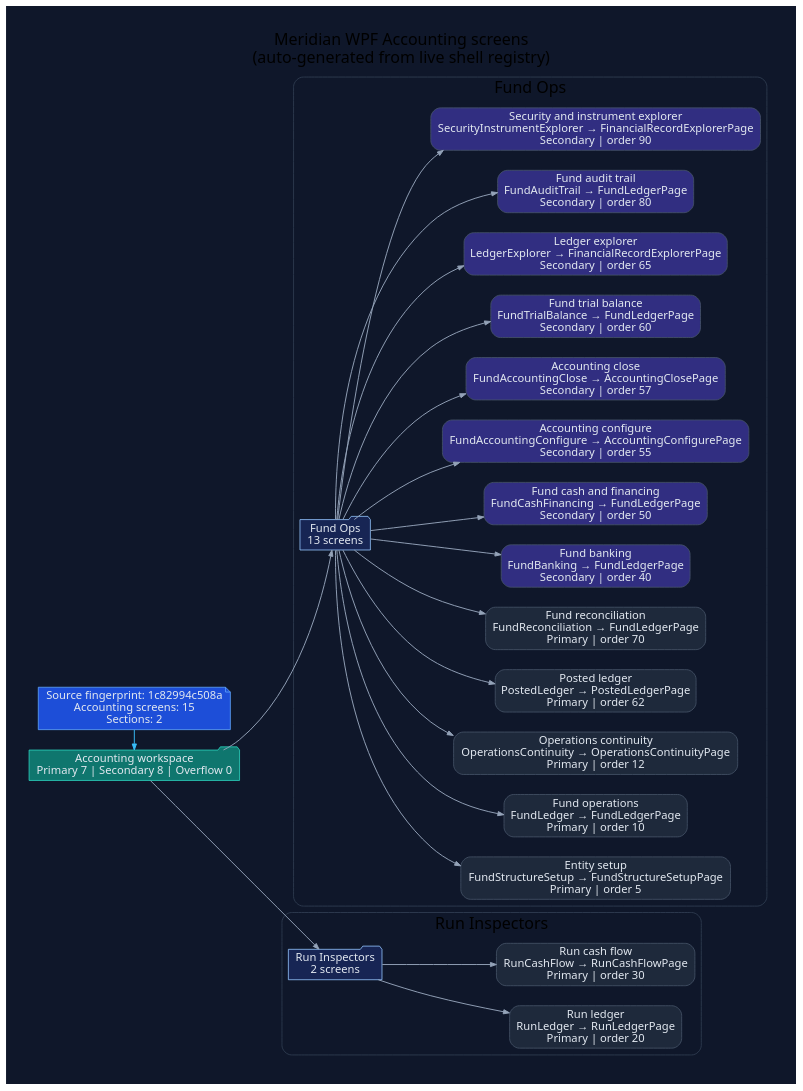
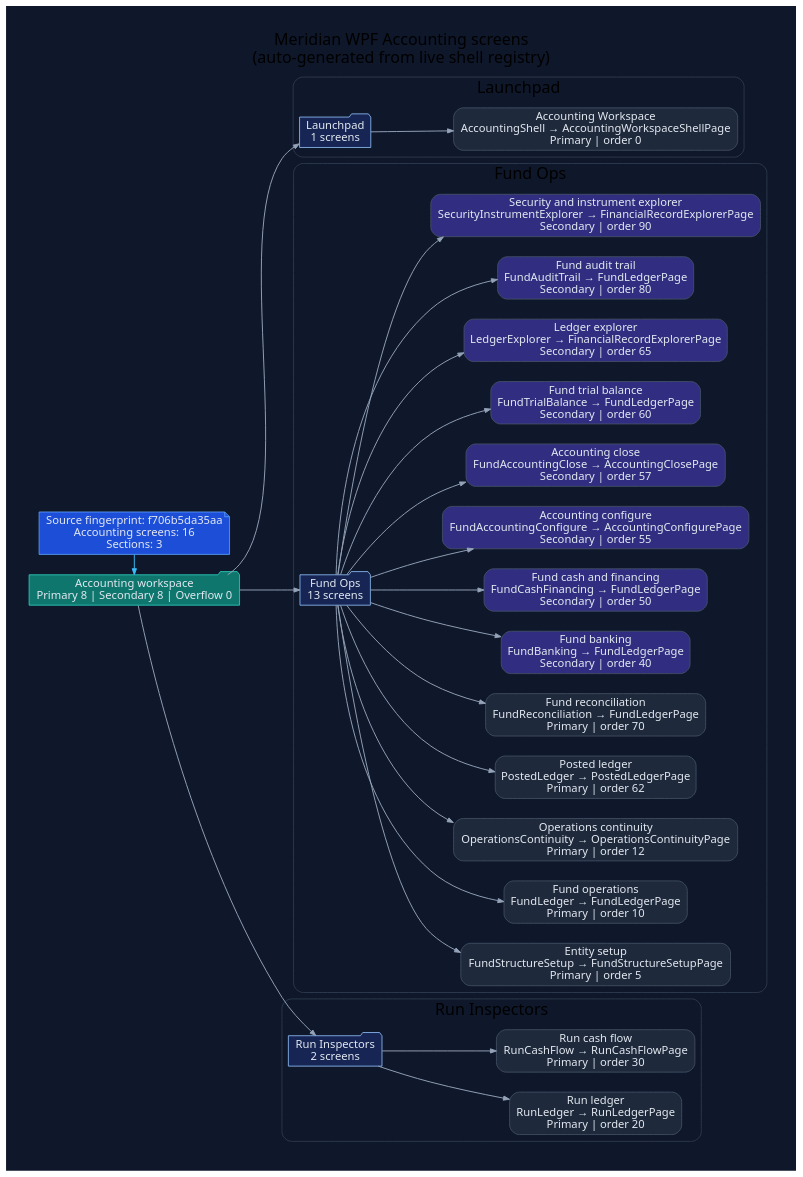
Before and after one commit to rodoHasArrived/Meridian-main: the diagram in docs/diagrams/ui-wpf-screens-accounting.dot, drawn with Graphviz. The commit also changed 31 other files, not shown here.

First line of the commit message:
WPF: keep page registration subtitles as literals so the screen diagrams parse; regenerate diagrams

```diff
--- a/docs/diagrams/ui-wpf-screens-accounting.dot
+++ b/docs/diagrams/ui-wpf-screens-accounting.dot
@@ -1,72 +1,82 @@
 // -----------------------------------------------------------------------------
 // <auto-generated>
 // Generated by scripts/generate-diagrams.mjs.
 // Do not edit this file directly; update the WPF source files instead.
 // -----------------------------------------------------------------------------
 digraph WpfAccountingScreens {
   graph [
     rankdir=LR,
     labelloc=t,
     label="Meridian WPF Accounting screens\n(auto-generated from live shell registry)",
     fontname="Segoe UI",
     fontsize=20,
     pad=0.4,
     nodesep=0.35,
     ranksep=0.85,
     bgcolor="#0f172a"
   ];
   node [fontname="Segoe UI", shape=box, style="rounded,filled", color="#475569", fontcolor="#e2e8f0", fillcolor="#1e293b"];
   edge [fontname="Segoe UI", color="#94a3b8", penwidth=1.2, arrowsize=0.75];
 
-  generated [shape=note, fillcolor="#1d4ed8", color="#60a5fa", label="Source fingerprint: 1c82994c508a\nAccounting screens: 15\nSections: 2"];
-  workspace [shape=folder, fillcolor="#0f766e", color="#2dd4bf", label="Accounting workspace\nPrimary 7 | Secondary 8 | Overflow 0"];
+  generated [shape=note, fillcolor="#1d4ed8", color="#60a5fa", label="Source fingerprint: f706b5da35aa\nAccounting screens: 16\nSections: 3"];
+  workspace [shape=folder, fillcolor="#0f766e", color="#2dd4bf", label="Accounting workspace\nPrimary 8 | Secondary 8 | Overflow 0"];
   generated -> workspace [color="#38bdf8"];
 
   subgraph cluster_section_1 {
+    label="Launchpad";
+    color="#334155";
+    style="rounded";
+    section_1 [shape=folder, fillcolor="#172554", color="#93c5fd", label="Launchpad\n1 screens"];
+    workspace -> section_1;
+    screen_AccountingShell [fillcolor="#1e293b", label="Accounting Workspace\nAccountingShell → AccountingWorkspaceShellPage\nPrimary | order 0"];
+    section_1 -> screen_AccountingShell;
+  }
+
+  subgraph cluster_section_2 {
     label="Fund Ops";
     color="#334155";
     style="rounded";
-    section_1 [shape=folder, fillcolor="#172554", color="#93c5fd", label="Fund Ops\n13 screens"];
-    workspace -> section_1;
+    section_2 [shape=folder, fillcolor="#172554", color="#93c5fd", label="Fund Ops\n13 screens"];
+    workspace -> section_2;
     screen_FundStructureSetup [fillcolor="#1e293b", label="Entity setup\nFundStructureSetup → FundStructureSetupPage\nPrimary | order 5"];
-    section_1 -> screen_FundStructureSetup;
+    section_2 -> screen_FundStructureSetup;
     screen_FundLedger [fillcolor="#1e293b", label="Fund operations\nFundLedger → FundLedgerPage\nPrimary | order 10"];
-    section_1 -> screen_FundLedger;
+    section_2 -> screen_FundLedger;
     screen_OperationsContinuity [fillcolor="#1e293b", label="Operations continuity\nOperationsContinuity → OperationsContinuityPage\nPrimary | order 12"];
-    section_1 -> screen_OperationsContinuity;
+    section_2 -> screen_OperationsContinuity;
     screen_PostedLedger [fillcolor="#1e293b", label="Posted ledger\nPostedLedger → PostedLedgerPage\nPrimary | order 62"];
-    section_1 -> screen_PostedLedger;
+    section_2 -> screen_PostedLedger;
     screen_FundReconciliation [fillcolor="#1e293b", label="Fund reconciliation\nFundReconciliation → FundLedgerPage\nPrimary | order 70"];
-    section_1 -> screen_FundReconciliation;
+    section_2 -> screen_FundReconciliation;
     screen_FundBanking [fillcolor="#312e81", label="Fund banking\nFundBanking → FundLedgerPage\nSecondary | order 40"];
-    section_1 -> screen_FundBanking;
+    section_2 -> screen_FundBanking;
     screen_FundCashFinancing [fillcolor="#312e81", label="Fund cash and financing\nFundCashFinancing → FundLedgerPage\nSecondary | order 50"];
-    section_1 -> screen_FundCashFinancing;
+    section_2 -> screen_FundCashFinancing;
     screen_FundAccountingConfigure [fillcolor="#312e81", label="Accounting configure\nFundAccountingConfigure → AccountingConfigurePage\nSecondary | order 55"];
-    section_1 -> screen_FundAccountingConfigure;
+    section_2 -> screen_FundAccountingConfigure;
     screen_FundAccountingClose [fillcolor="#312e81", label="Accounting close\nFundAccountingClose → AccountingClosePage\nSecondary | order 57"];
-    section_1 -> screen_FundAccountingClose;
+    section_2 -> screen_FundAccountingClose;
     screen_FundTrialBalance [fillcolor="#312e81", label="Fund trial balance\nFundTrialBalance → FundLedgerPage\nSecondary | order 60"];
-    section_1 -> screen_FundTrialBalance;
+    section_2 -> screen_FundTrialBalance;
     screen_LedgerExplorer [fillcolor="#312e81", label="Ledger explorer\nLedgerExplorer → FinancialRecordExplorerPage\nSecondary | order 65"];
-    section_1 -> screen_LedgerExplorer;
+    section_2 -> screen_LedgerExplorer;
     screen_FundAuditTrail [fillcolor="#312e81", label="Fund audit trail\nFundAuditTrail → FundLedgerPage\nSecondary | order 80"];
-    section_1 -> screen_FundAuditTrail;
+    section_2 -> screen_FundAuditTrail;
     screen_SecurityInstrumentExplorer [fillcolor="#312e81", label="Security and instrument explorer\nSecurityInstrumentExplorer → FinancialRecordExplorerPage\nSecondary | order 90"];
-    section_1 -> screen_SecurityInstrumentExplorer;
+    section_2 -> screen_SecurityInstrumentExplorer;
   }
 
-  subgraph cluster_section_2 {
+  subgraph cluster_section_3 {
     label="Run Inspectors";
     color="#334155";
     style="rounded";
-    section_2 [shape=folder, fillcolor="#172554", color="#93c5fd", label="Run Inspectors\n2 screens"];
-    workspace -> section_2;
+    section_3 [shape=folder, fillcolor="#172554", color="#93c5fd", label="Run Inspectors\n2 screens"];
+    workspace -> section_3;
     screen_RunLedger [fillcolor="#1e293b", label="Run ledger\nRunLedger → RunLedgerPage\nPrimary | order 20"];
-    section_2 -> screen_RunLedger;
+    section_3 -> screen_RunLedger;
     screen_RunCashFlow [fillcolor="#1e293b", label="Run cash flow\nRunCashFlow → RunCashFlowPage\nPrimary | order 30"];
-    section_2 -> screen_RunCashFlow;
+    section_3 -> screen_RunCashFlow;
   }
 
   { rank=min; generated; workspace; }
 }
```
